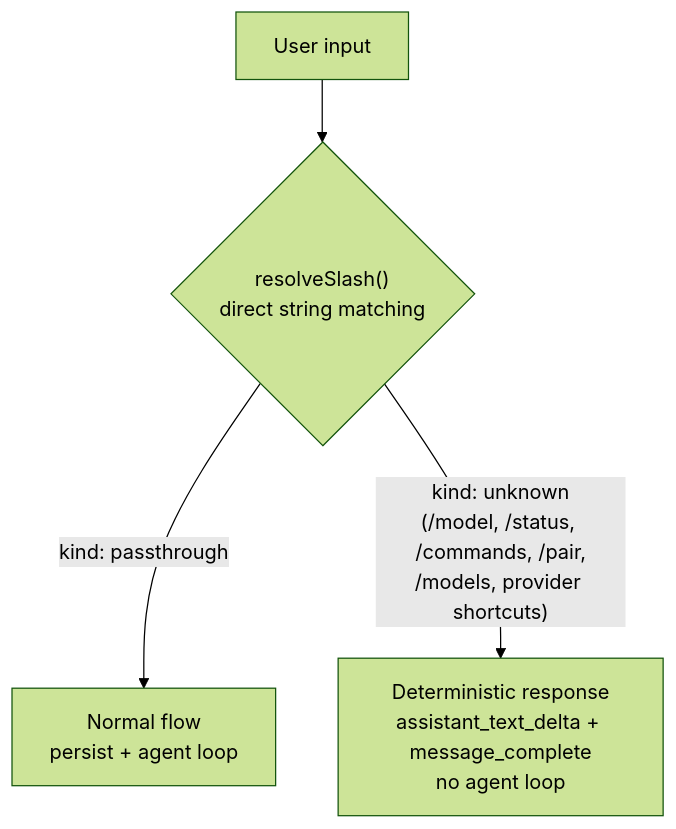
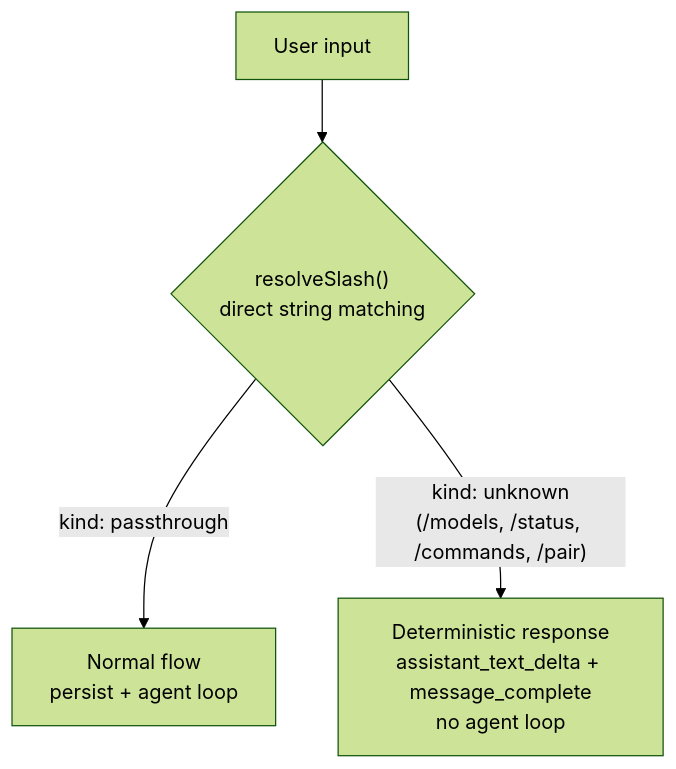
Before and after one commit to vellum-ai/vellum-assistant: the sixth of 17 diagrams in assistant/ARCHITECTURE.md, drawn with Mermaid (forest theme). The commit also changed other lines of this file, not shown here.

Commit message:
docs: update ARCHITECTURE.md slash command documentation after /model removal

````diff
--- a/assistant/ARCHITECTURE.md
+++ b/assistant/ARCHITECTURE.md
@@ -1011,11 +1011,11 @@
 ```mermaid
 graph TB
     INPUT["User input"]
     RESOLVE{"resolveSlash()<br/>direct string matching"}
     PASSTHROUGH["Normal flow<br/>persist + agent loop"]
     HANDLED["Deterministic response<br/>assistant_text_delta + message_complete<br/>no agent loop"]
 
     INPUT --> RESOLVE
     RESOLVE -->|"kind: passthrough"| PASSTHROUGH
-    RESOLVE -->|"kind: unknown<br/>(/model, /status, /commands, /pair,<br/>/models, provider shortcuts)"| HANDLED
+    RESOLVE -->|"kind: unknown<br/>(/models, /status, /commands, /pair)"| HANDLED
 ```
````
